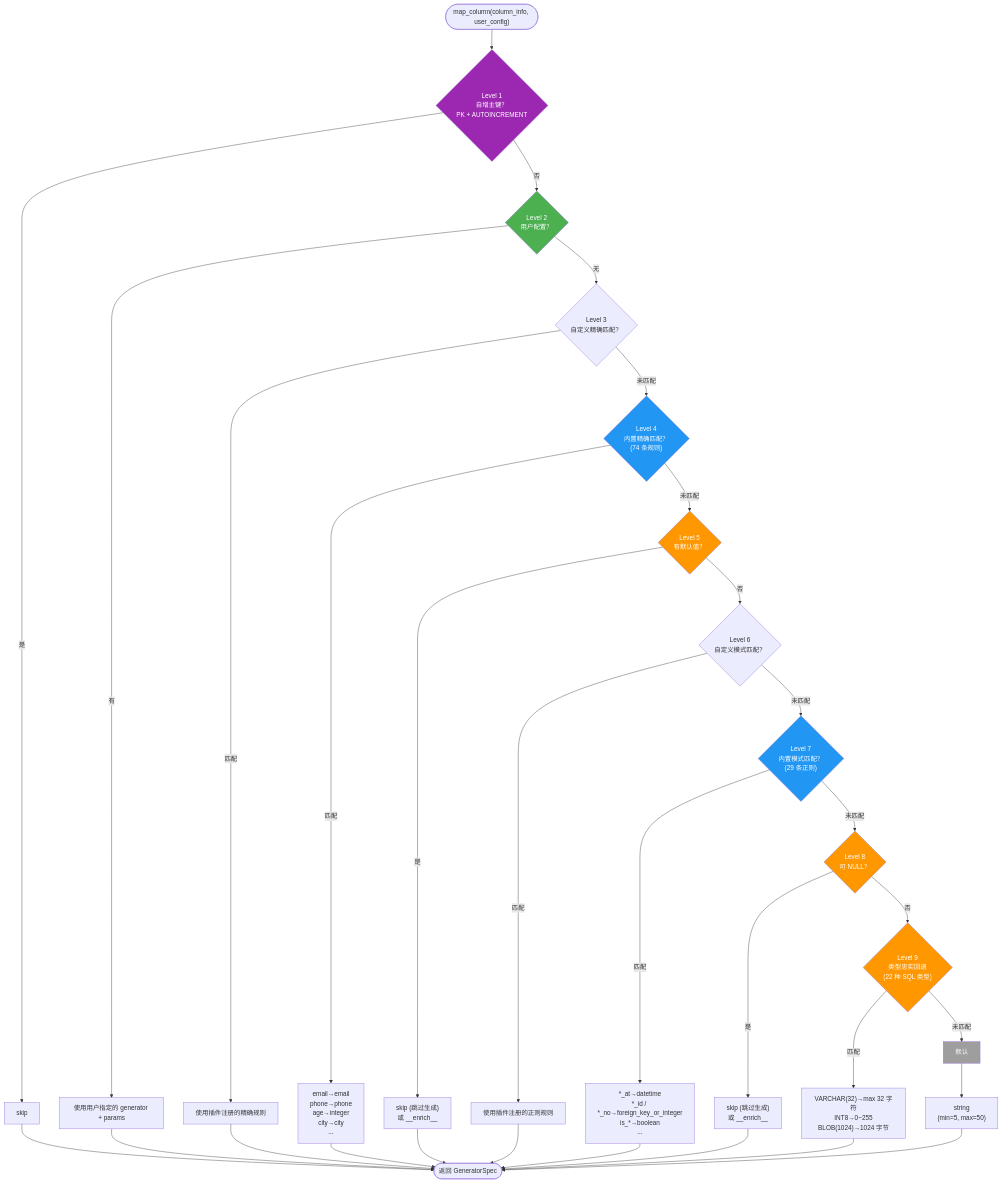
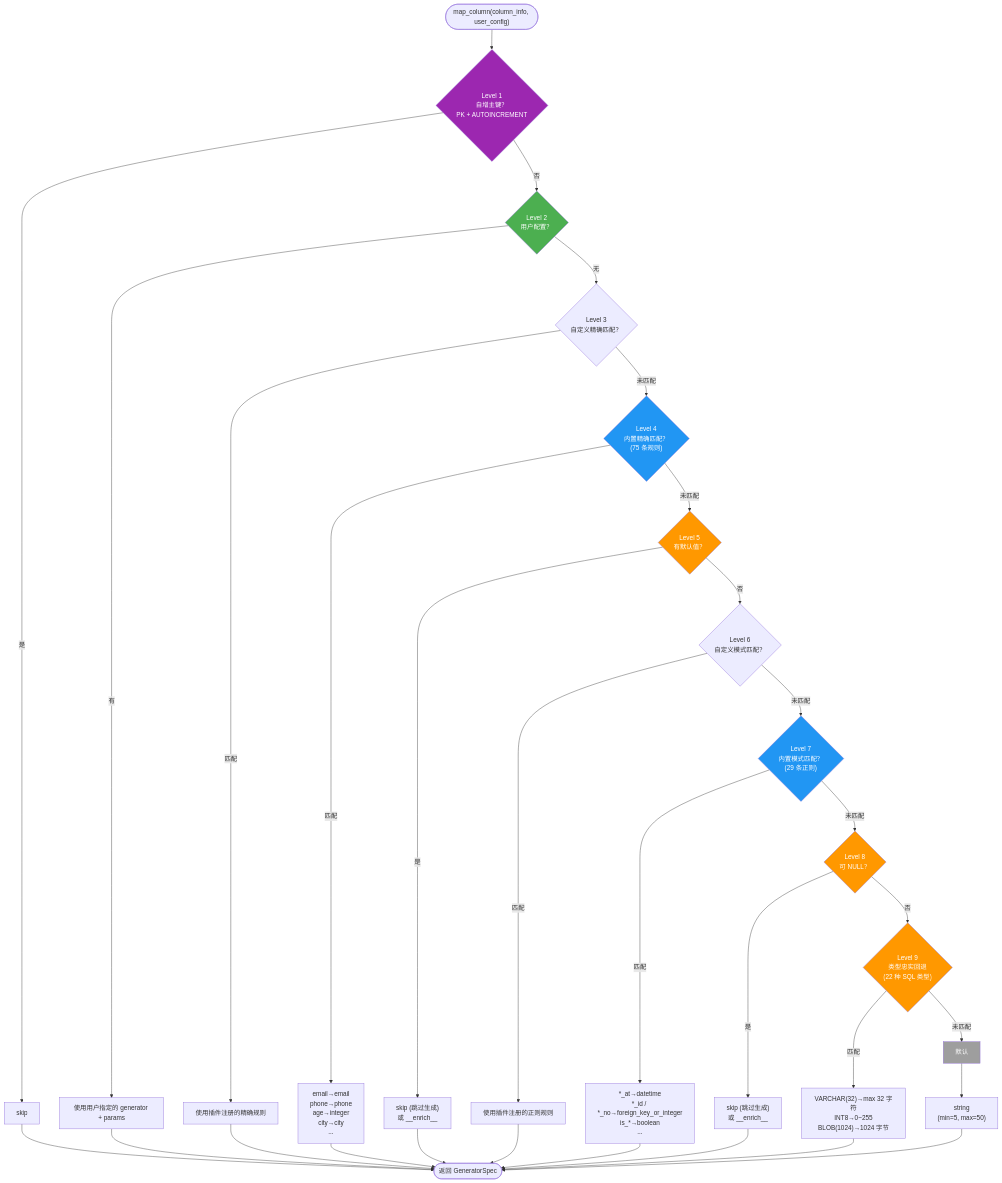
One commit to sunbos/sqlseed changed the third of 11 diagrams in docs/architecture.zh-CN.md. Above: the diagram before and after it, drawn with Mermaid. The commit also changed 4 other files, not shown here.

````diff
--- a/docs/architecture.zh-CN.md
+++ b/docs/architecture.zh-CN.md
@@ -209,53 +209,53 @@
 ```mermaid
 flowchart TD
     Start(["map_column(column_info, user_config)"]) --> L1
 
     L1{"Level 1<br/>自增主键？<br/>PK + AUTOINCREMENT"} -->|是| R1["skip"]
     L1 -->|否| L2
 
     L2{"Level 2<br/>用户配置？"} -->|有| R2["使用用户指定的 generator + params"]
     L2 -->|无| L3
 
     L3{"Level 3<br/>自定义精确匹配？"} -->|匹配| R3["使用插件注册的精确规则"]
     L3 -->|未匹配| L4
 
-    L4{"Level 4<br/>内置精确匹配？<br/>(<!-- BEGIN:AUTO-GENERATED:exact-match-rule-count -->74<!-- END:AUTO-GENERATED:exact-match-rule-count --> 条规则)"} -->|匹配| R4["email→email<br/>phone→phone<br/>age→integer<br/>city→city<br/>..."]
+    L4{"Level 4<br/>内置精确匹配？<br/>(<!-- BEGIN:AUTO-GENERATED:exact-match-rule-count -->75<!-- END:AUTO-GENERATED:exact-match-rule-count --> 条规则)"} -->|匹配| R4["email→email<br/>phone→phone<br/>age→integer<br/>city→city<br/>..."]
     L4 -->|未匹配| L5
 
     L5{"Level 5<br/>有默认值？"} -->|是| R5["skip (跳过生成)<br/>或 __enrich__"]
     L5 -->|否| L6
 
     L6{"Level 6<br/>自定义模式匹配？"} -->|匹配| R6["使用插件注册的正则规则"]
     L6 -->|未匹配| L7
 
     L7{"Level 7<br/>内置模式匹配？<br/>(<!-- BEGIN:AUTO-GENERATED:pattern-match-rule-count -->29<!-- END:AUTO-GENERATED:pattern-match-rule-count --> 条正则)"} -->|匹配| R7["*_at→datetime<br/>*_id / *_no→foreign_key_or_integer<br/>is_*→boolean<br/>..."]
     L7 -->|未匹配| L8
 
     L8{"Level 8<br/>可 NULL？"} -->|是| R8["skip (跳过生成)<br/>或 __enrich__"]
     L8 -->|否| L9
 
     L9{"Level 9<br/>类型忠实回退<br/>(22 种 SQL 类型)"} -->|匹配| R9["VARCHAR(32)→max 32 字符<br/>INT8→0~255<br/>BLOB(1024)→1024 字节"]
     L9 -->|未匹配| L10
 
     L10["默认"] --> R10["string<br/>(min=5, max=50)"]
 
     R1 --> Done(["返回 GeneratorSpec"])
     R2 --> Done
     R3 --> Done
     R4 --> Done
     R5 --> Done
     R6 --> Done
     R7 --> Done
     R8 --> Done
     R9 --> Done
     R10 --> Done
 
     style L1 fill:#9C27B0,color:#fff
     style L2 fill:#4CAF50,color:#fff
     style L4 fill:#2196F3,color:#fff
     style L5 fill:#FF9800,color:#fff
     style L7 fill:#2196F3,color:#fff
     style L8 fill:#FF9800,color:#fff
     style L9 fill:#FF9800,color:#fff
     style L10 fill:#9E9E9E,color:#fff
 ```
````
